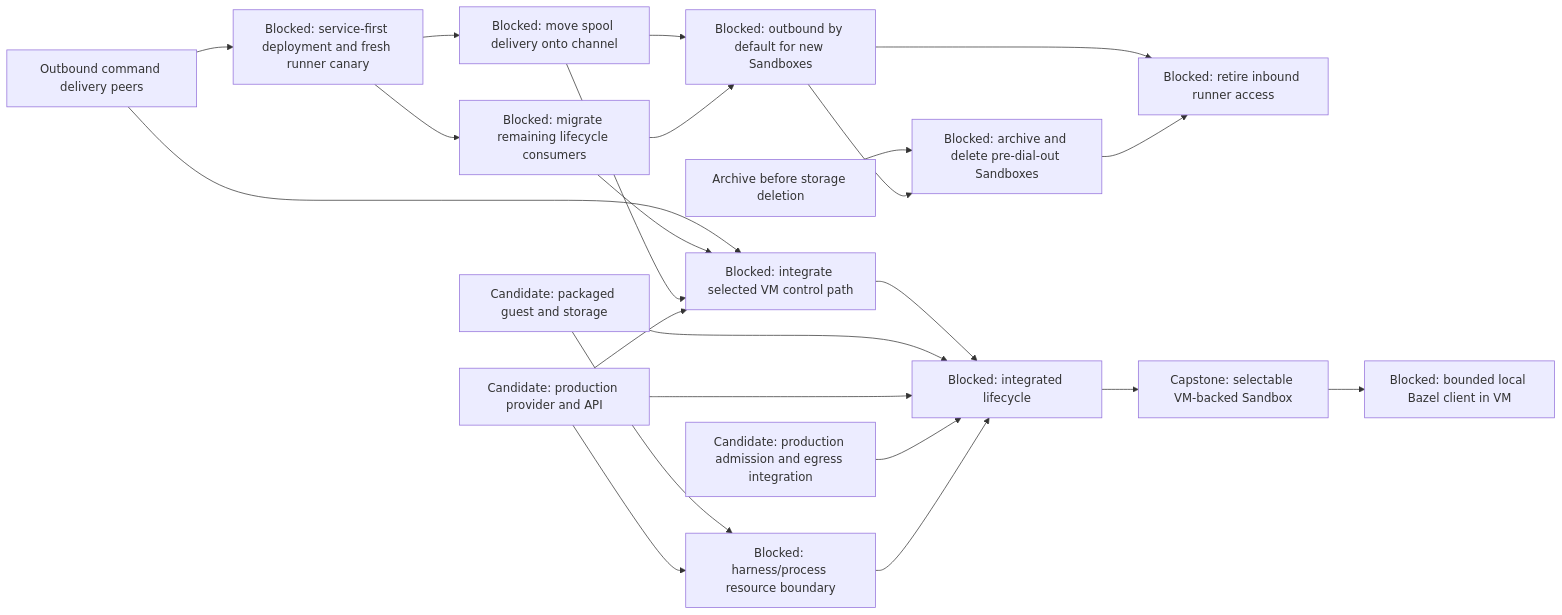
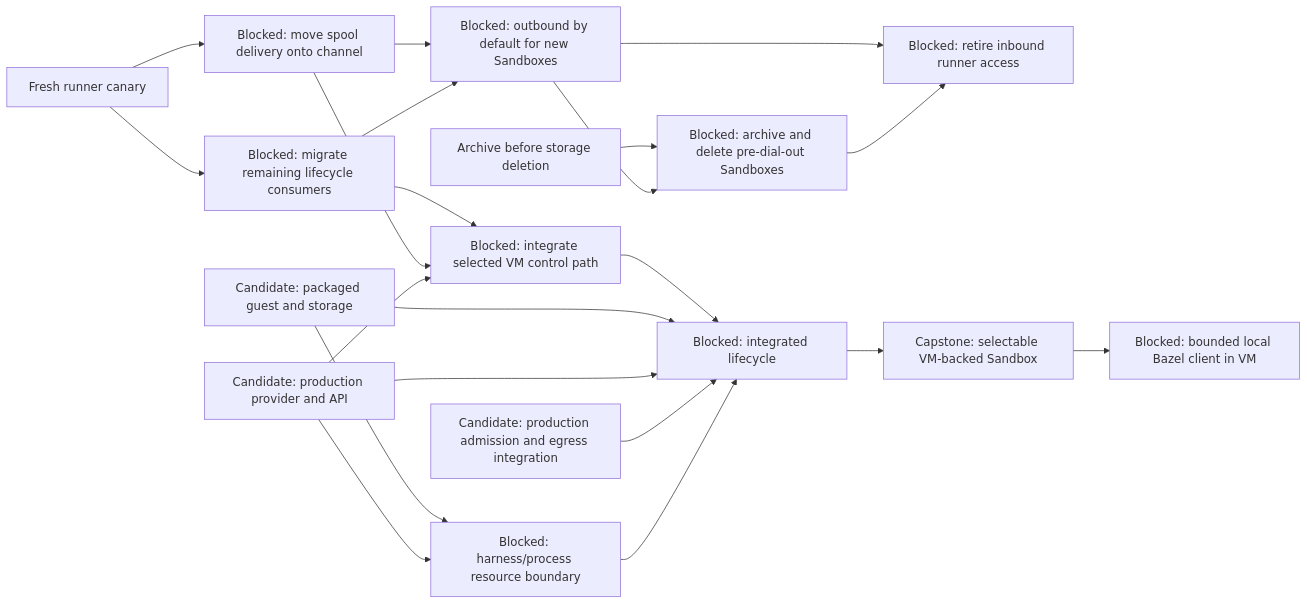
Before and after one commit to agentydragon-agent/ducktape: the sixth of 11 diagrams in agentplane/plans/task_dag.md, drawn with Mermaid. The commit also changed other lines of this file and 12 other files, not shown here.

First line of the commit message:
agentplane/runner: dial the Sandbox Service over the runner channel (#9808)

````diff
--- a/agentplane/plans/task_dag.md
+++ b/agentplane/plans/task_dag.md
@@ -343,36 +343,33 @@
 ```mermaid
 flowchart LR
-    RUNNER_OUTBOUND_CHANNEL[Outbound command delivery peers]
-    RUNNER_OUTBOUND_CANARY[Blocked: service-first deployment and fresh runner canary]
+    RUNNER_OUTBOUND_CANARY[Fresh runner canary]
     RUNNER_OUTBOUND_SPOOL[Blocked: move spool delivery onto channel]
     RUNNER_OUTBOUND_LIFECYCLE[Blocked: migrate remaining lifecycle consumers]
     RUNNER_OUTBOUND_ROLLOUT[Blocked: outbound by default for new Sandboxes]
     VM_CONTROL_NETWORKING[Blocked: integrate selected VM control path]
     VM_IMAGE[Candidate: packaged guest and storage]
     VM_PROVIDER[Candidate: production provider and API]
     VM_EGRESS[Candidate: production admission and egress integration]
     VM_PROCESS_ISOLATION[Blocked: harness/process resource boundary]
     VM_LIFECYCLE[Blocked: integrated lifecycle]
-    RUNNER_OUTBOUND_CHANNEL --> VM_CONTROL_NETWORKING
     RUNNER_OUTBOUND_LIFECYCLE --> VM_CONTROL_NETWORKING
     RUNNER_OUTBOUND_SPOOL --> VM_CONTROL_NETWORKING
-    RUNNER_OUTBOUND_CHANNEL --> RUNNER_OUTBOUND_CANARY
     RUNNER_OUTBOUND_CANARY --> RUNNER_OUTBOUND_SPOOL
     RUNNER_OUTBOUND_CANARY --> RUNNER_OUTBOUND_LIFECYCLE
     RUNNER_OUTBOUND_SPOOL --> RUNNER_OUTBOUND_ROLLOUT
     RUNNER_OUTBOUND_LIFECYCLE --> RUNNER_OUTBOUND_ROLLOUT
     RUNNER_OUTBOUND_ROLLOUT --> RUNNER_INBOUND_RETIRE[Blocked: retire inbound runner access]
     SANDBOX_LIFECYCLE_DURABILITY[Archive before storage deletion] --> LEGACY_SANDBOX_RETIRE[Blocked: archive and delete pre-dial-out Sandboxes]
     RUNNER_OUTBOUND_ROLLOUT --> LEGACY_SANDBOX_RETIRE
     LEGACY_SANDBOX_RETIRE --> RUNNER_INBOUND_RETIRE
     VM_PROVIDER --> VM_CONTROL_NETWORKING
     VM_CONTROL_NETWORKING --> VM_LIFECYCLE
     VM_IMAGE --> VM_PROCESS_ISOLATION
     VM_PROVIDER --> VM_PROCESS_ISOLATION
     VM_IMAGE --> VM_LIFECYCLE
     VM_PROVIDER --> VM_LIFECYCLE
     VM_EGRESS --> VM_LIFECYCLE
     VM_PROCESS_ISOLATION --> VM_LIFECYCLE
     VM_LIFECYCLE --> SANDBOX_VM_ISOLATION[Capstone: selectable VM-backed Sandbox]
     SANDBOX_VM_ISOLATION --> LOCAL_BAZEL[Blocked: bounded local Bazel client in VM]
 ```
````
